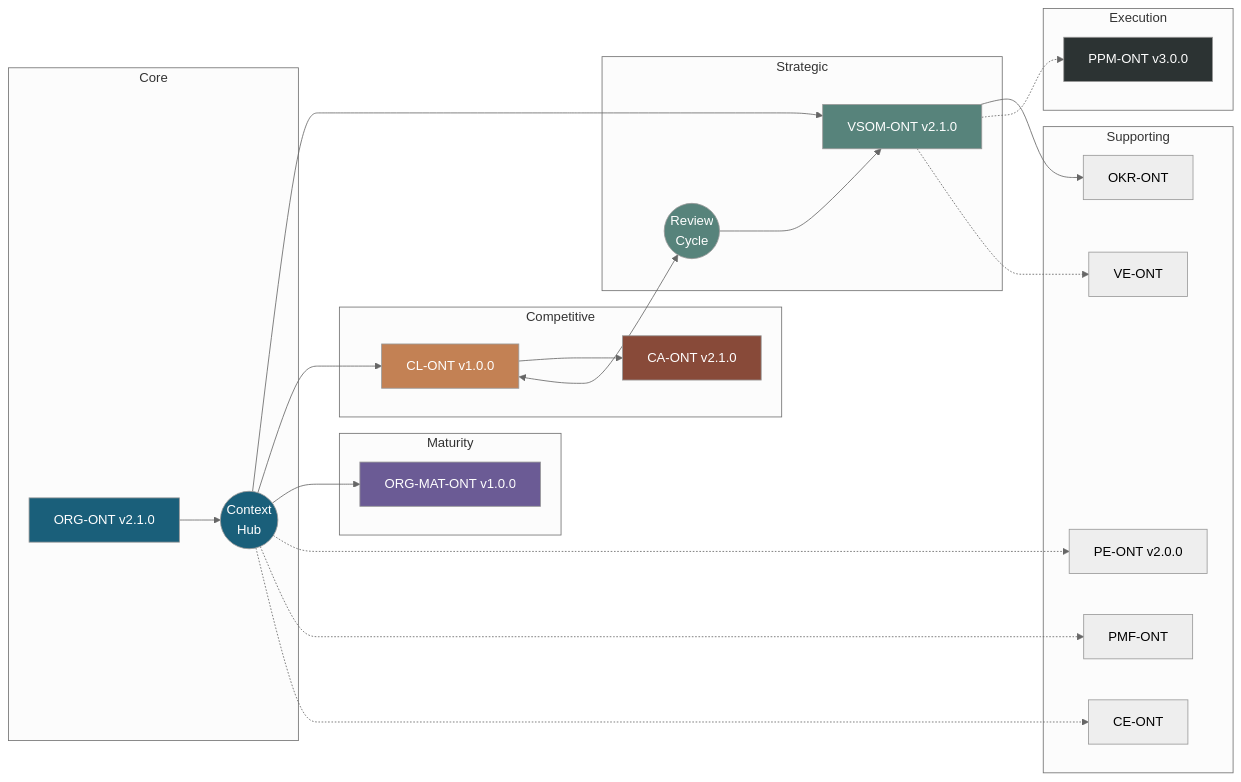
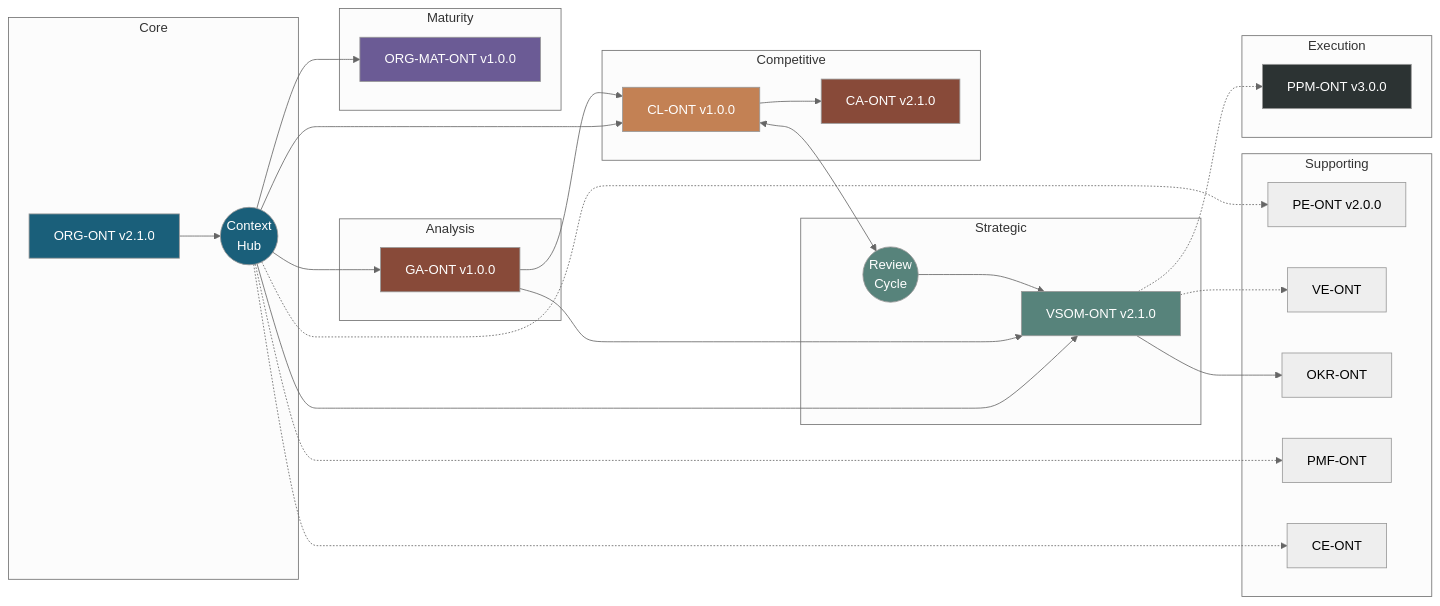
The second of 6 diagrams in PBS/ONTOLOGIES/ONTOLOGY-ARCHITECTURE.md (ajrmooreuk/Azlan-EA-AAA), drawn with Mermaid (neutral theme) before and after one commit. The commit also changed other lines of this file and 3 other files, not shown here.

First line of the commit message:
Add GA-ONT v1.0.0 Gap Analysis ontology (CGA Agent support)

````diff
--- a/PBS/ONTOLOGIES/ONTOLOGY-ARCHITECTURE.md
+++ b/PBS/ONTOLOGIES/ONTOLOGY-ARCHITECTURE.md
@@ -139,57 +159,65 @@
 ```mermaid
 graph LR
     subgraph "Core"
         ORG[ORG-ONT v2.1.0]
         CTX((Context<br/>Hub))
     end
 
     subgraph "Strategic"
         VSOM[VSOM-ONT v2.1.0]
         REVIEW((Review<br/>Cycle))
     end
 
     subgraph "Competitive"
         CL[CL-ONT v1.0.0]
         CA[CA-ONT v2.1.0]
+    end
+
+    subgraph "Analysis"
+        GA[GA-ONT v1.0.0]
     end
 
     subgraph "Maturity"
         MAT[ORG-MAT-ONT v1.0.0]
     end
 
     subgraph "Execution"
         PPM[PPM-ONT v3.0.0]
     end
 
     subgraph "Supporting"
         PE[PE-ONT v2.0.0]
         VE[VE-ONT]
         OKR[OKR-ONT]
         PMF[PMF-ONT]
         CE[CE-ONT]
     end
 
     ORG --> CTX
     CTX --> VSOM
     CTX --> CL
     CTX --> MAT
+    CTX --> GA
     CTX -.-> PE
     CTX -.-> PMF
     CTX -.-> CE
 
     CL --> CA
+    GA --> CL
+    GA --> VSOM
     CL <--> REVIEW
     REVIEW --> VSOM
     VSOM --> OKR
     VSOM -.-> PPM
     VSOM -.-> VE
 
     style ORG fill:#1a5f7a,color:#fff
     style CTX fill:#1a5f7a,color:#fff
     style VSOM fill:#57837b,color:#fff
     style REVIEW fill:#57837b,color:#fff
     style CL fill:#c38154,color:#fff
     style CA fill:#884a39,color:#fff
+    style GA fill:#884a39,color:#fff
     style MAT fill:#6b5b95,color:#fff
     style PPM fill:#2c3333,color:#fff
 ```
````
